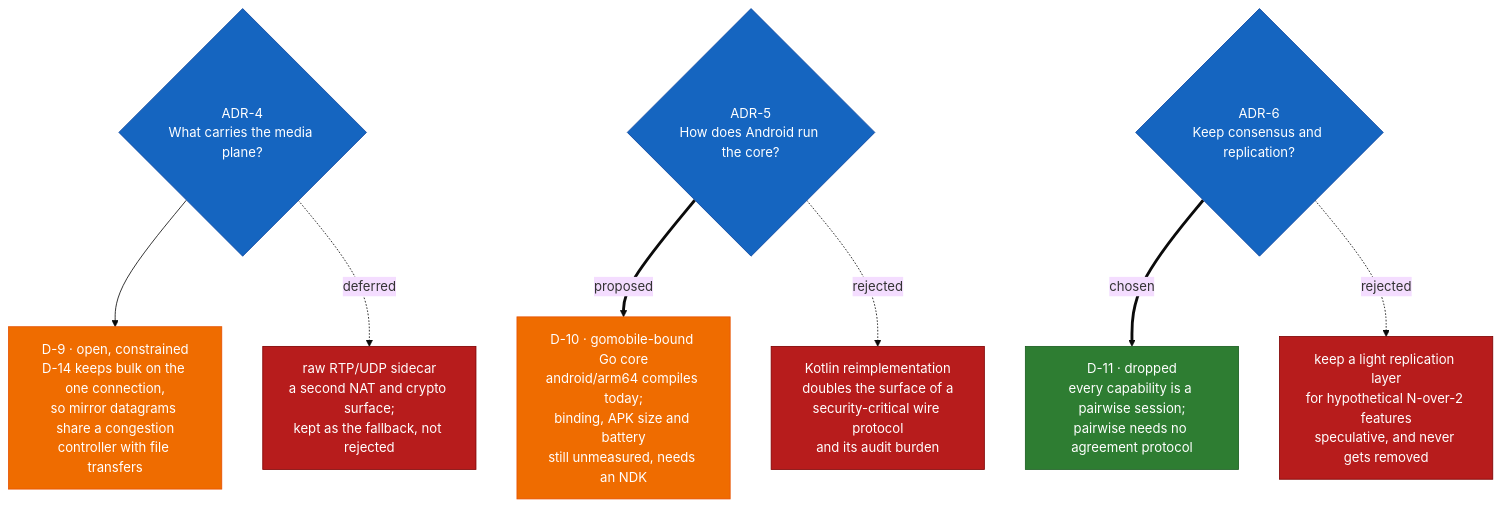
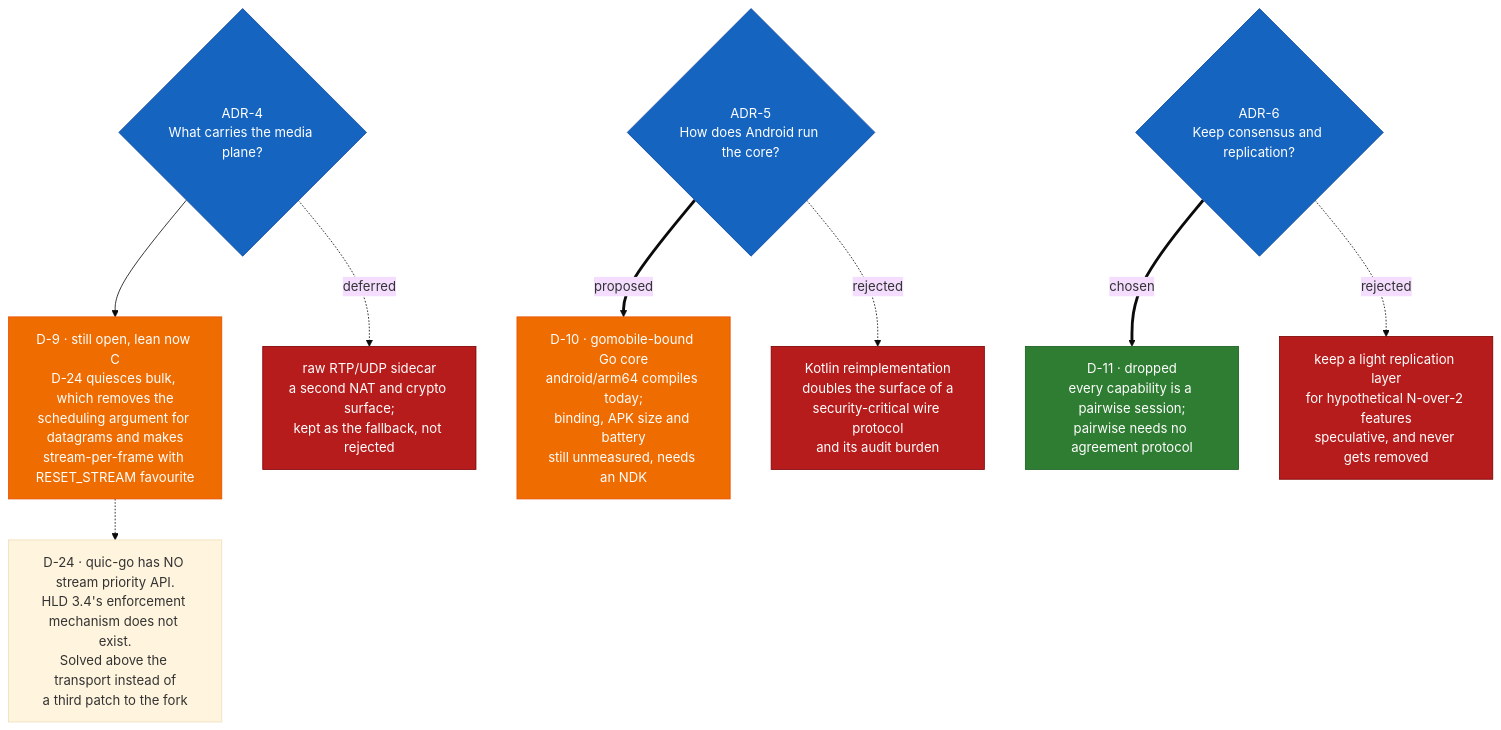
The third of 4 diagrams in docs/decision-tree.md (shreyashsri79/OpenAir), drawn with Mermaid (base theme) before and after one commit. The commit also changed other lines of this file and 1 other file, not shown here.

````diff
--- a/docs/decision-tree.md
+++ b/docs/decision-tree.md
@@ -96,19 +97,20 @@
 ```mermaid
 flowchart TD
     Q5{"ADR-4<br/>What carries the media plane?"}:::question
-    Q5 --> D9["D-9 · open, constrained<br/>D-14 keeps bulk on the one connection,<br/>so mirror datagrams share a congestion<br/>controller with file transfers"]:::open
+    Q5 --> D9["D-9 · still open, lean now C<br/>D-24 quiesces bulk, which removes the<br/>scheduling argument for datagrams and makes<br/>stream-per-frame with RESET_STREAM favourite"]:::open
+    D9 -.-> D24N["D-24 · quic-go has NO stream priority API.<br/>HLD 3.4's enforcement mechanism does not exist.<br/>Solved above the transport instead of<br/>a third patch to the fork"]:::evidence
     Q5 -.deferred.-> R5A["raw RTP/UDP sidecar<br/>a second NAT and crypto surface;<br/>kept as the fallback, not rejected"]:::rejected
 
     Q6{"ADR-5<br/>How does Android run the core?"}:::question
     Q6 ==proposed==> D10["D-10 · gomobile-bound Go core<br/>android/arm64 compiles today;<br/>binding, APK size and battery<br/>still unmeasured, needs an NDK"]:::open
     Q6 -.rejected.-> R6A["Kotlin reimplementation<br/>doubles the surface of a<br/>security-critical wire protocol<br/>and its audit burden"]:::rejected
 
     Q7{"ADR-6<br/>Keep consensus and replication?"}:::question
     Q7 ==chosen==> D11["D-11 · dropped<br/>every capability is a pairwise session;<br/>pairwise needs no agreement protocol"]:::accepted
     Q7 -.rejected.-> R7A["keep a light replication layer<br/>for hypothetical N-over-2 features<br/>speculative, and never gets removed"]:::rejected
 
     classDef question fill:#1565c0,color:#fff,stroke:#0d47a1
     classDef accepted fill:#2e7d32,color:#fff,stroke:#1b5e20
     classDef rejected fill:#b71c1c,color:#fff,stroke:#7f0000
     classDef open fill:#ef6c00,color:#fff,stroke:#e65100
 ```
````
